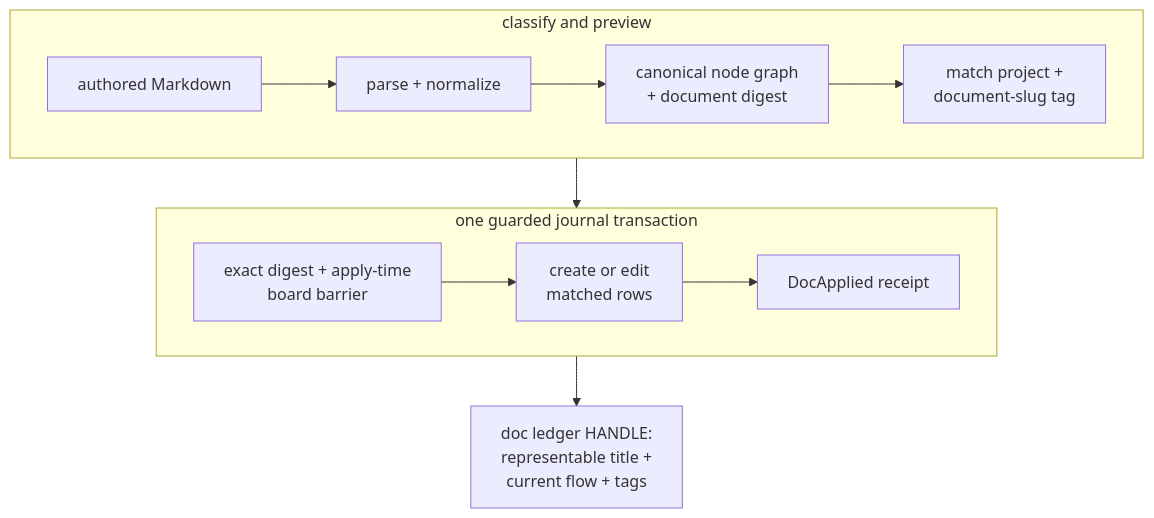
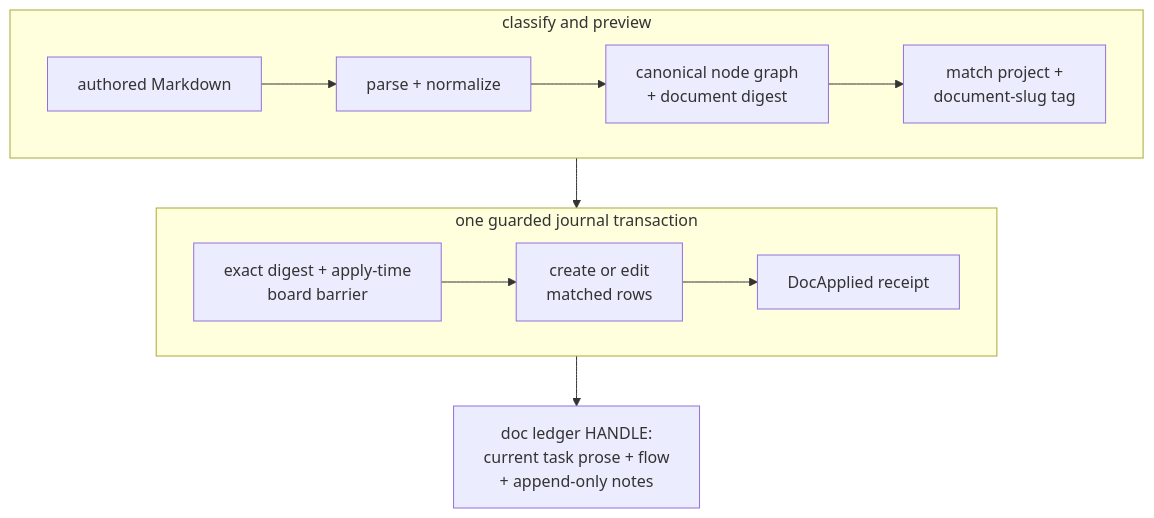
Before and after one commit to infimalabs/spice-rust: the first of 13 diagrams in docs/product/interfaces.md, drawn with Mermaid. The commit also changed other lines of this file and 13 other files, not shown here.

````diff
--- a/docs/product/interfaces.md
+++ b/docs/product/interfaces.md
@@ -25,16 +26,16 @@
 ```mermaid
 flowchart TD
   subgraph PLAN["classify and preview"]
     direction LR
     MD["authored Markdown"] --> P["parse + normalize"]
     P --> G["canonical node graph<br/>+ document digest"]
     G --> M["match project +<br/>document-slug tag"]
   end
   subgraph APPLY["one guarded journal transaction"]
     direction LR
     PL["exact digest + apply-time<br/>board barrier"] --> B["create or edit<br/>matched rows"]
     B --> R["DocApplied receipt"]
   end
   M --> PL
-  B --> L["doc ledger HANDLE:<br/>representable title +<br/>current flow + tags"]
+  B --> L["doc ledger HANDLE:<br/>current task prose + flow<br/>+ append-only notes"]
 ```
````
